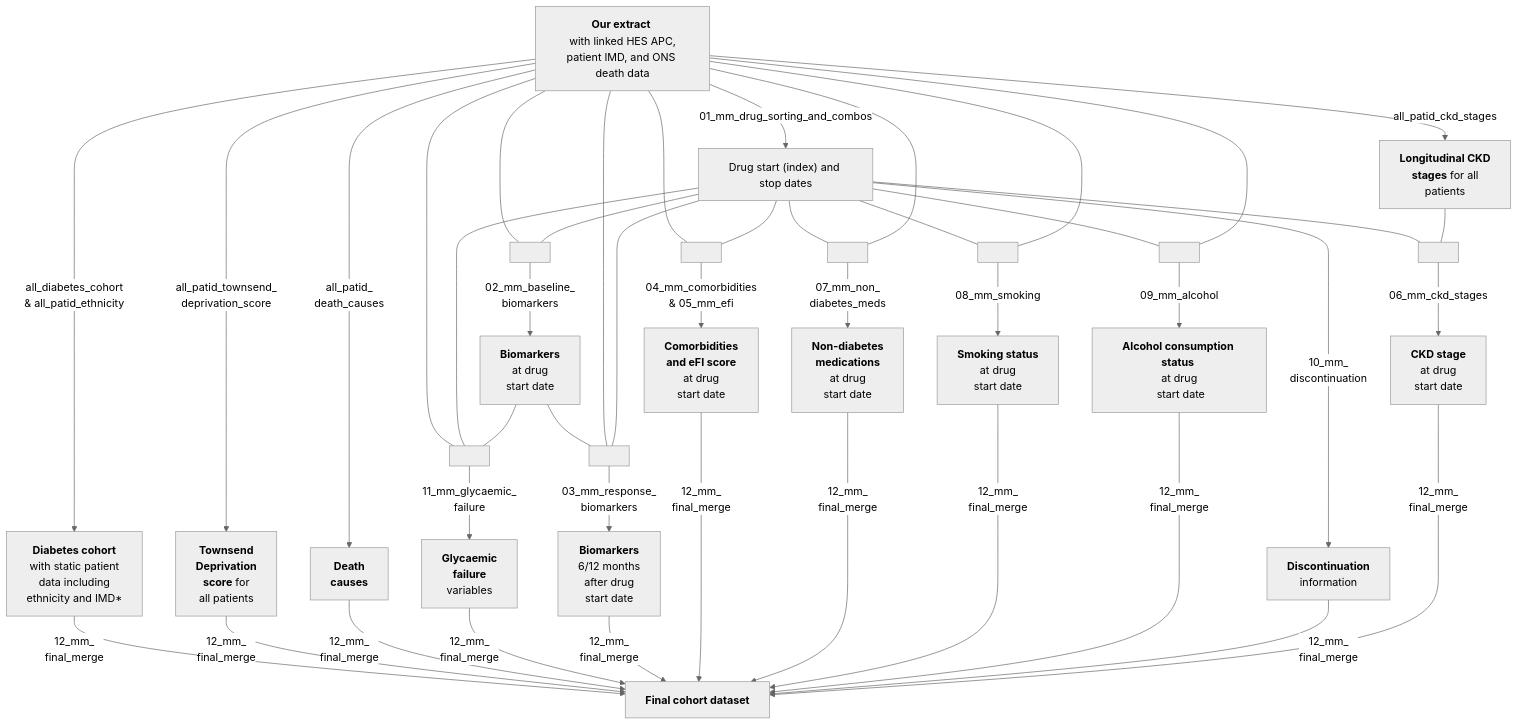
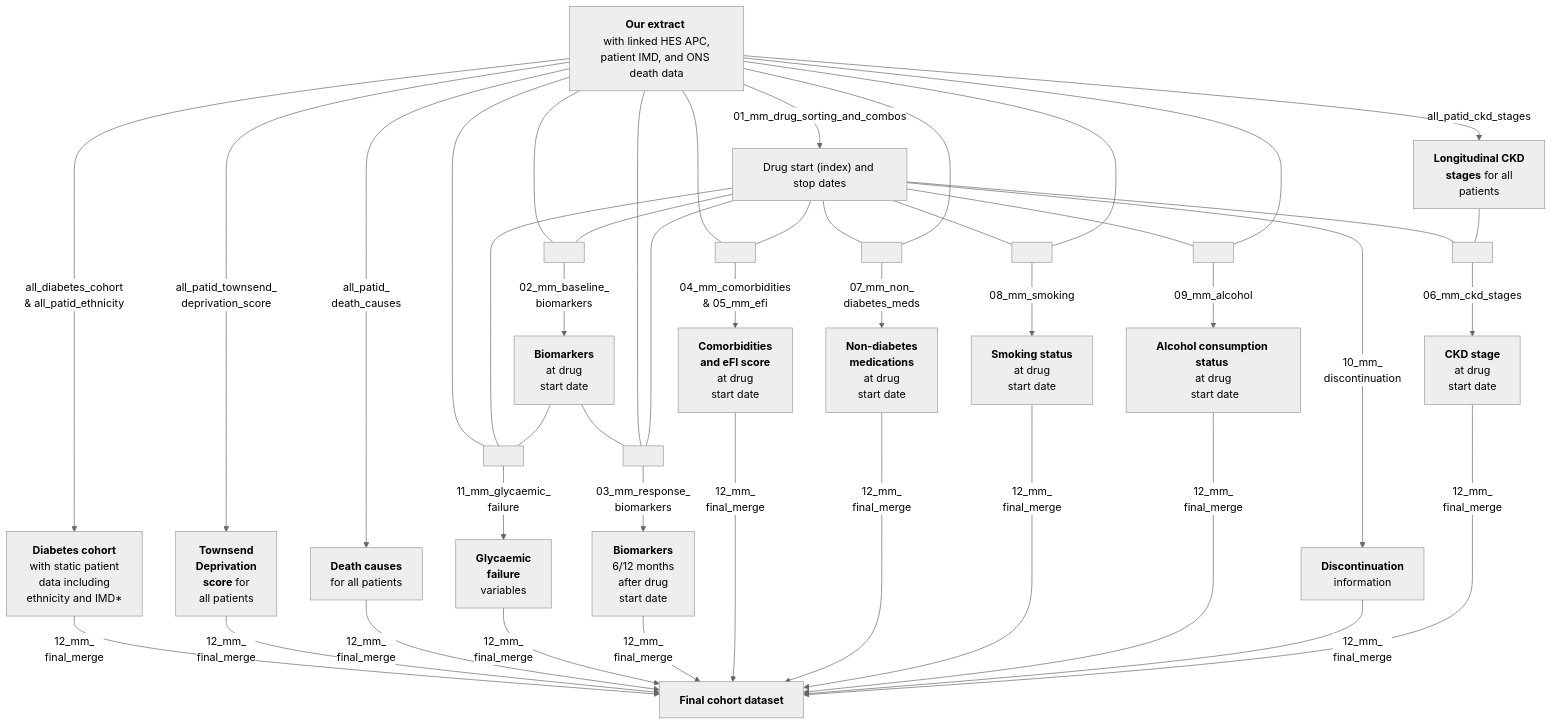
Before and after one commit to Exeter-Diabetes/CPRD-Cohort-scripts: the diagram in 03-Treatment-response-(MASTERMIND)/README.md, drawn with Mermaid (neutral theme).

````diff
--- a/03-Treatment-response-(MASTERMIND)/README.md
+++ b/03-Treatment-response-(MASTERMIND)/README.md
@@ -20,56 +20,56 @@
 ```mermaid
 graph TD;
     A["<b>Our extract</b> <br> with linked HES APC, patient IMD, and ONS death data"] --> |"all_diabetes_cohort <br> & all_patid_ethnicity"|B["<b>Diabetes cohort<br></b> with static patient <br>data including <br>ethnicity and IMD*"]
     A-->|"all_patid_townsend_<br>deprivation_score"|N["<b>Townsend<br> Deprivation<br>score</b> for<br> all patients"]
-    A-->|"all_patid_<br>death_causes"|O["<b>Death<br>causes</b>"]
+    A-->|"all_patid_<br>death_causes"|O["<b>Death causes</b><br>for all patients"]
     A-->|"01_mm_drug_sorting_and_combos"|H["Drug start (index) and stop dates"]
 
     A---P[ ]:::empty
     H---P
     E---P
     P-->|"11_mm_glycaemic_<br>failure"|Q["<b>Glycaemic<br>failure</b><br>variables"]
 
     A---Y[ ]:::empty
     H---Y
     Y-->|"02_mm_baseline_<br>biomarkers"|E["<b>Biomarkers</b> <br> at drug <br> start date"]
 
     E---T[ ]:::empty
     A---T
     H---T
     T-->|"03_mm_response_<br>biomarkers"|L["<b>Biomarkers</b> <br> 6/12 months <br> after drug <br>start date"]
     
     A---W[ ]:::empty
     H---W
     W-->|"04_mm_comorbidities<br>& 05_mm_efi"|F["<b>Comorbidities<br>and eFI score</b> <br> at drug <br> start date"]
     
     H---U[ ]:::empty
     A---U
     U-->|"07_mm_non_<br>diabetes_meds"|M["<b>Non-diabetes <br>medications</b> <br> at drug <br> start date"]
     
     H---X[ ]:::empty
     A---X
     X-->|"08_mm_smoking"|G["<b>Smoking status</b> <br> at drug <br> start date"]
     
     H-->|"10_mm_<br>discontinuation"|V["<b>Discontinuation</b><br> information"]
 
     H---R[ ]:::empty
     A---R
     R-->|"09_mm_alcohol"|D["<b>Alcohol consumption status</b> <br> at drug <br> start date"]
  
     A-->|"all_patid_ckd_stages"|C["<b>Longitudinal CKD <br> stages</b> for all <br> patients"]
     H---Z[ ]:::empty
     C---Z
     Z-->|"06_mm_ckd_stages"|I["<b>CKD stage </b> <br> at drug <br> start date"]
 
     B-->|"12_mm_<br>final_merge"|J["<b>Final cohort dataset</b>"]
     N-->|"12_mm_<br>final_merge"|J
     O-->|"12_mm_<br>final_merge"|J
     Q-->|"12_mm_<br>final_merge"|J
     L-->|"12_mm_<br>final_merge"|J
     F-->|"12_mm_<br>final_merge"|J
     M-->|"12_mm_<br>final_merge"|J  
     G-->|"12_mm_<br>final_merge"|J
     D-->|"12_mm_<br>final_merge"|J
     V-->|"12_mm_<br>final_merge"|J
     I-->|"12_mm_<br>final_merge"|J  
 ```
````
